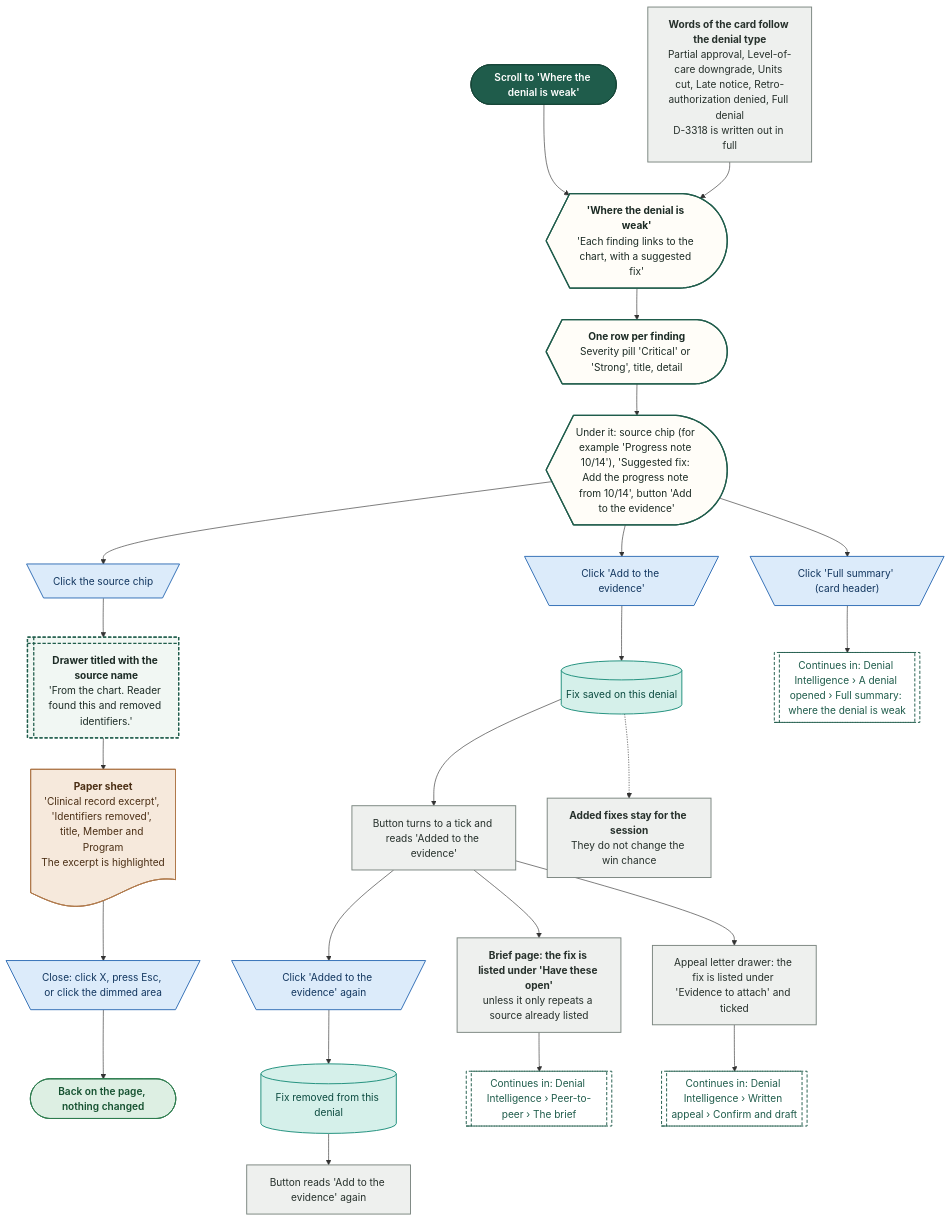
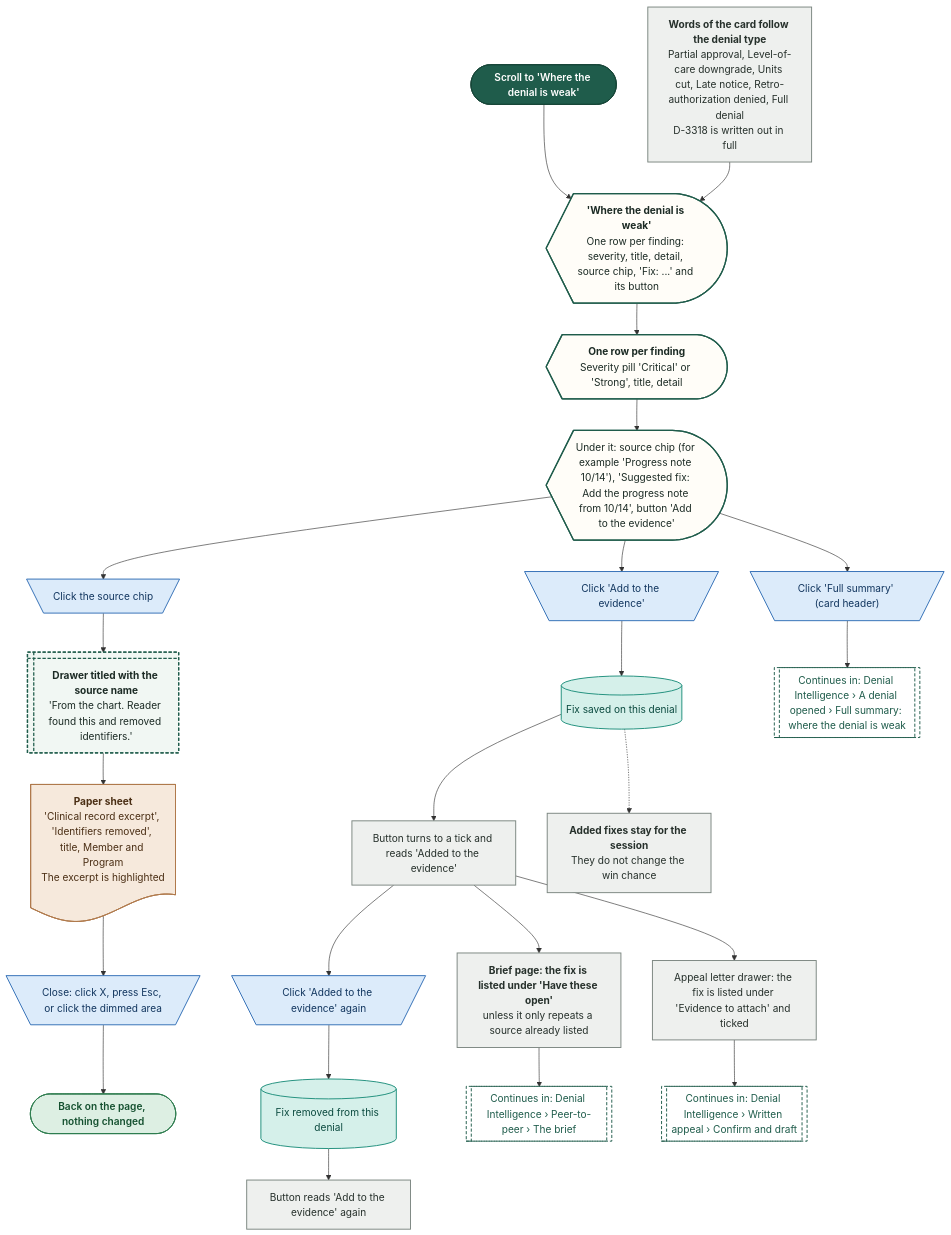
Before and after one commit to Shrav143/psyfloapp: the fifth of 28 diagrams in demos/prior-auth-demo/workflows/out/md/06-denials.md, drawn with Mermaid. The commit also changed other lines of this file and 202 other files, not shown here.

First line of the commit message:
docs: round 6 README, CONVENTIONS, spec section 17, diagram module blurbs and 336 rebuilt diagrams

````diff
--- a/demos/prior-auth-demo/workflows/out/md/06-denials.md
+++ b/demos/prior-auth-demo/workflows/out/md/06-denials.md
@@ -377,61 +307,61 @@
 ```mermaid
 %%{init: {"theme":"base","themeVariables":{"fontFamily":"'DM Sans', 'Segoe UI', system-ui, sans-serif","fontSize":"15px","lineColor":"#5B6B63","primaryTextColor":"#1C2B25","clusterBkg":"#FBF8F3","clusterBorder":"#D9CDBB","edgeLabelBackground":"#FFFFFF"},"flowchart":{"curve":"basis","nodeSpacing":36,"rankSpacing":48,"padding":12,"htmlLabels":true,"useMaxWidth":false,"wrappingWidth":230}} }%%
 flowchart TD
   classDef k_start fill:#1F5C4B,stroke:#174638,color:#FFFFFF,stroke-width:1.5px,font-weight:600
   classDef k_end fill:#DDEFE3,stroke:#2E7D4F,color:#14502F,stroke-width:1.5px,font-weight:600
   classDef k_endx fill:#FBE3E0,stroke:#C0392B,color:#7A1F16,stroke-width:1.5px,font-weight:600
   classDef k_screen fill:#FFFDF8,stroke:#1F5C4B,color:#1C2B25,stroke-width:2px
   classDef k_overlay fill:#F1F7F3,stroke:#1F5C4B,color:#1C2B25,stroke-width:2px,stroke-dasharray:5 3
   classDef k_click fill:#DCEBFA,stroke:#2F6DB5,color:#12365F,stroke-width:1.5px
   classDef k_input fill:#E4E7FF,stroke:#4C5FD5,color:#1D2670,stroke-width:1.5px
   classDef k_process fill:#EEF0EE,stroke:#7A857F,color:#26302B,stroke-width:1.5px
   classDef k_agent fill:#EEE5FA,stroke:#7A4FC2,color:#341A63,stroke-width:1.5px
   classDef k_decision fill:#FFF0CC,stroke:#D9962B,color:#5C3B00,stroke-width:1.5px
   classDef k_store fill:#D5F0EA,stroke:#1C8E7B,color:#0B4A3F,stroke-width:1.5px
   classDef k_doc fill:#F6E9DC,stroke:#B07A4C,color:#4A2E14,stroke-width:1.5px
   classDef k_ext fill:#FFE6D2,stroke:#E07B39,color:#6B2F06,stroke-width:1.5px
   classDef k_wait fill:#E4E8EE,stroke:#6B7C93,color:#26303D,stroke-width:1.5px
   classDef k_toast fill:#FFF9DB,stroke:#C9A400,color:#5A4A00,stroke-width:1.5px
   classDef k_goto fill:#FFFFFF,stroke:#1F5C4B,color:#1F5C4B,stroke-width:1.5px,stroke-dasharray:5 3
   s1@{ shape: stadium, label: "Scroll to 'Where the denial is weak'" }
   p0@{ shape: rect, label: "<b>Words of the card follow the denial type</b><br/>Partial approval, Level-of-care downgrade, Units cut, Late notice, Retro-authorization denied, Full denial<br/>D-3318 is written out in full" }
-  sc1@{ shape: curv-trap, label: "<b>'Where the denial is weak'</b><br/>'Each finding links to the chart, with a suggested fix'" }
+  sc1@{ shape: curv-trap, label: "<b>'Where the denial is weak'</b><br/>One row per finding: severity, title, detail, source chip, 'Fix: ...' and its button" }
   f1@{ shape: curv-trap, label: "<b>One row per finding</b><br/>Severity pill 'Critical' or 'Strong', title, detail" }
   f2@{ shape: curv-trap, label: "Under it: source chip (for example 'Progress note 10/14'), 'Suggested fix: Add the progress note from 10/14', button 'Add to the evidence'" }
   c1@{ shape: trap-t, label: "Click the source chip" }
   o1@{ shape: win-pane, label: "<b>Drawer titled with the source name</b><br/>'From the chart. Reader found this and removed identifiers.'" }
   dc1@{ shape: doc, label: "<b>Paper sheet</b><br/>'Clinical record excerpt', 'Identifiers removed', title, Member and Program<br/>The excerpt is highlighted" }
   c2@{ shape: trap-t, label: "Close: click X, press Esc, or click the dimmed area" }
   e1@{ shape: stadium, label: "Back on the page, nothing changed" }
   c3@{ shape: trap-t, label: "Click 'Add to the evidence'" }
   st1@{ shape: cyl, label: "Fix saved on this denial" }
   p1@{ shape: rect, label: "Button turns to a tick and reads 'Added to the evidence'" }
   c4@{ shape: trap-t, label: "Click 'Added to the evidence' again" }
   st2@{ shape: cyl, label: "Fix removed from this denial" }
   p2@{ shape: rect, label: "Button reads 'Add to the evidence' again" }
   p3@{ shape: rect, label: "<b>Brief page: the fix is listed under 'Have these open'</b><br/>unless it only repeats a source already listed" }
   p4@{ shape: rect, label: "Appeal letter drawer: the fix is listed under 'Evidence to attach' and ticked" }
   g1@{ shape: subproc, label: "Continues in: Denial Intelligence › Peer-to-peer › The brief" }
   g2@{ shape: subproc, label: "Continues in: Denial Intelligence › Written appeal › Confirm and draft" }
   p5@{ shape: rect, label: "<b>Added fixes stay for the session</b><br/>They do not change the win chance" }
   c5@{ shape: trap-t, label: "Click 'Full summary' (card header)" }
   g3@{ shape: subproc, label: "Continues in: Denial Intelligence › A denial opened › Full summary: where the denial is weak" }
   s1 --> sc1
   p0 --> sc1
   sc1 --> f1 --> f2
   f2 --> c1 --> o1 --> dc1 --> c2 --> e1
   f2 --> c3 --> st1 --> p1 --> c4 --> st2 --> p2
   p1 --> p3 --> g1
   p1 --> p4 --> g2
   st1 -.-> p5
   f2 --> c5 --> g3
   class s1 k_start
   class p0,p1,p2,p3,p4,p5 k_process
   class sc1,f1,f2 k_screen
   class c1,c2,c3,c4,c5 k_click
   class o1 k_overlay
   class dc1 k_doc
   class e1 k_end
   class st1,st2 k_store
   class g1,g2,g3 k_goto
 ```
````
